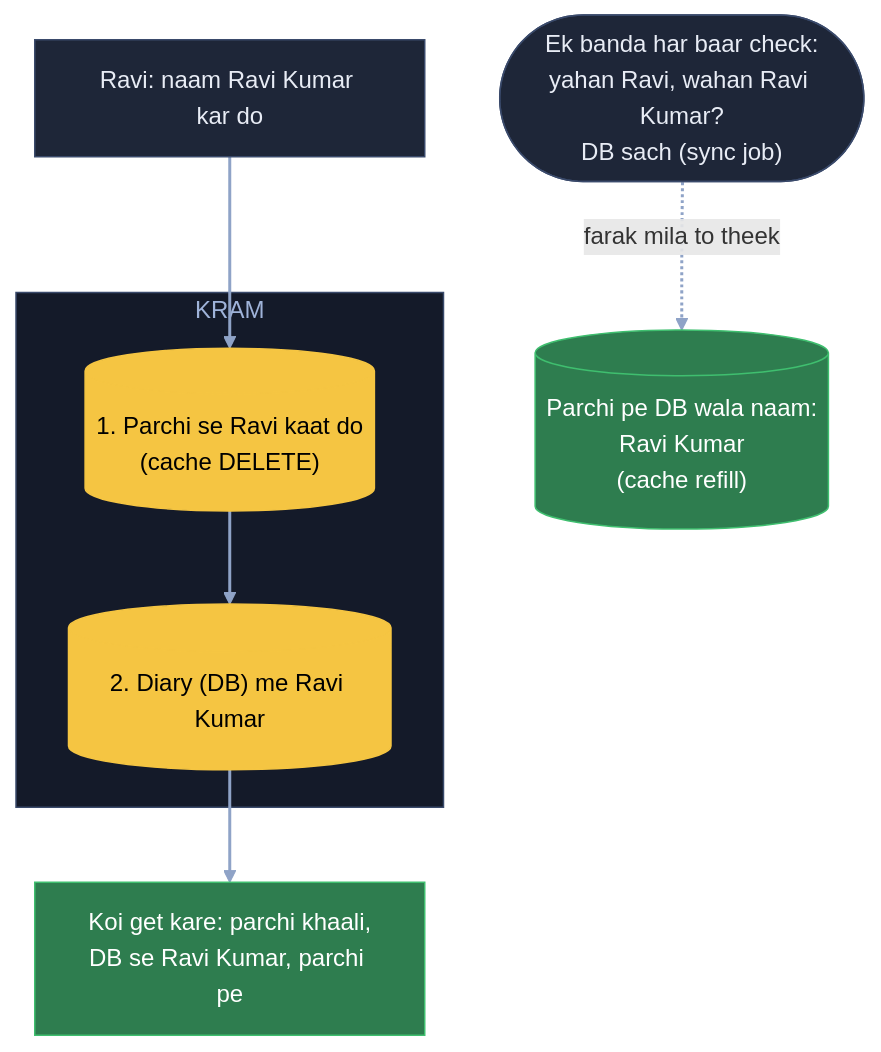
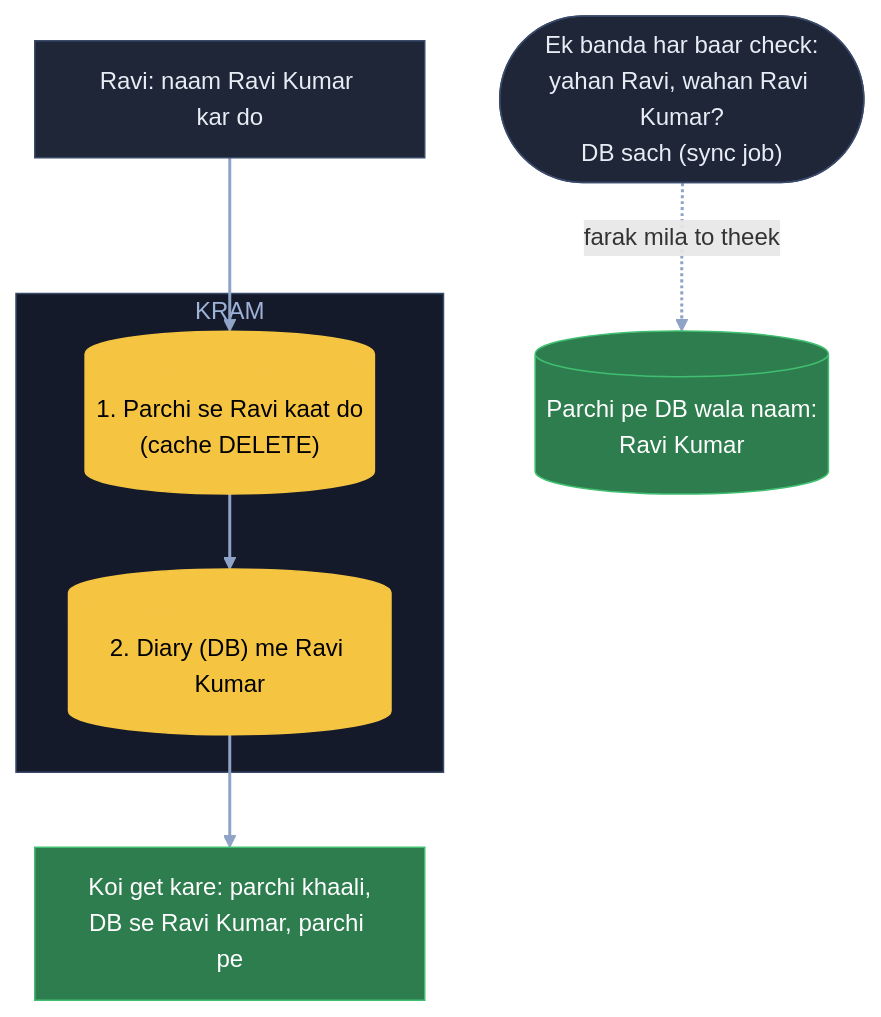
The fourth of 7 diagrams in 04_HLD/SYSTEM_DESIGNS/10_distributed_cache/10_distributed_cache.md (ArpanMaheshwari144/Prep), drawn with Mermaid before and after one commit. The commit also changed other lines of this file and 20 other files, not shown here.

Commit message:
Diagram: sirf hand notes wale naam rahe (66 apne joda naam hataye); README 22-Nov tak update

````diff
--- a/04_HLD/SYSTEM_DESIGNS/10_distributed_cache/10_distributed_cache.md
+++ b/04_HLD/SYSTEM_DESIGNS/10_distributed_cache/10_distributed_cache.md
@@ -223,21 +223,21 @@
 ```mermaid
 flowchart TB
     R["Ravi: naam Ravi Kumar kar do"]:::card
     subgraph KR["KRAM"]
         C[("1. Parchi se Ravi kaat do<br/>(cache DELETE)")]:::pill
         D[("2. Diary (DB) me Ravi Kumar")]:::pill
     end
     G["Koi get kare: parchi khaali,<br/>DB se Ravi Kumar, parchi pe"]:::good
     J(["Ek banda har baar check:<br/>yahan Ravi, wahan Ravi Kumar?<br/>DB sach (sync job)"]):::card
-    F[("Parchi pe DB wala naam:<br/>Ravi Kumar<br/>(cache refill)")]:::good
+    F[("Parchi pe DB wala naam:<br/>Ravi Kumar")]:::good
     R --> C
     C --> D
     D --> G
     J -. "farak mila to theek" .-> F
     linkStyle default stroke:#8fa3c7,stroke-width:2px
     classDef card fill:#1e2638,stroke:#3a4a6b,color:#e8ecf5
     classDef pill fill:#f5c542,stroke:#f5c542,color:#000
     classDef good fill:#2e7d4f,stroke:#3fbf6f,color:#fff
     classDef bad fill:#5c1f24,stroke:#e05561,color:#fff
     style KR fill:#141a29,stroke:#3a4a6b,color:#9fb3d9
 ```
````
